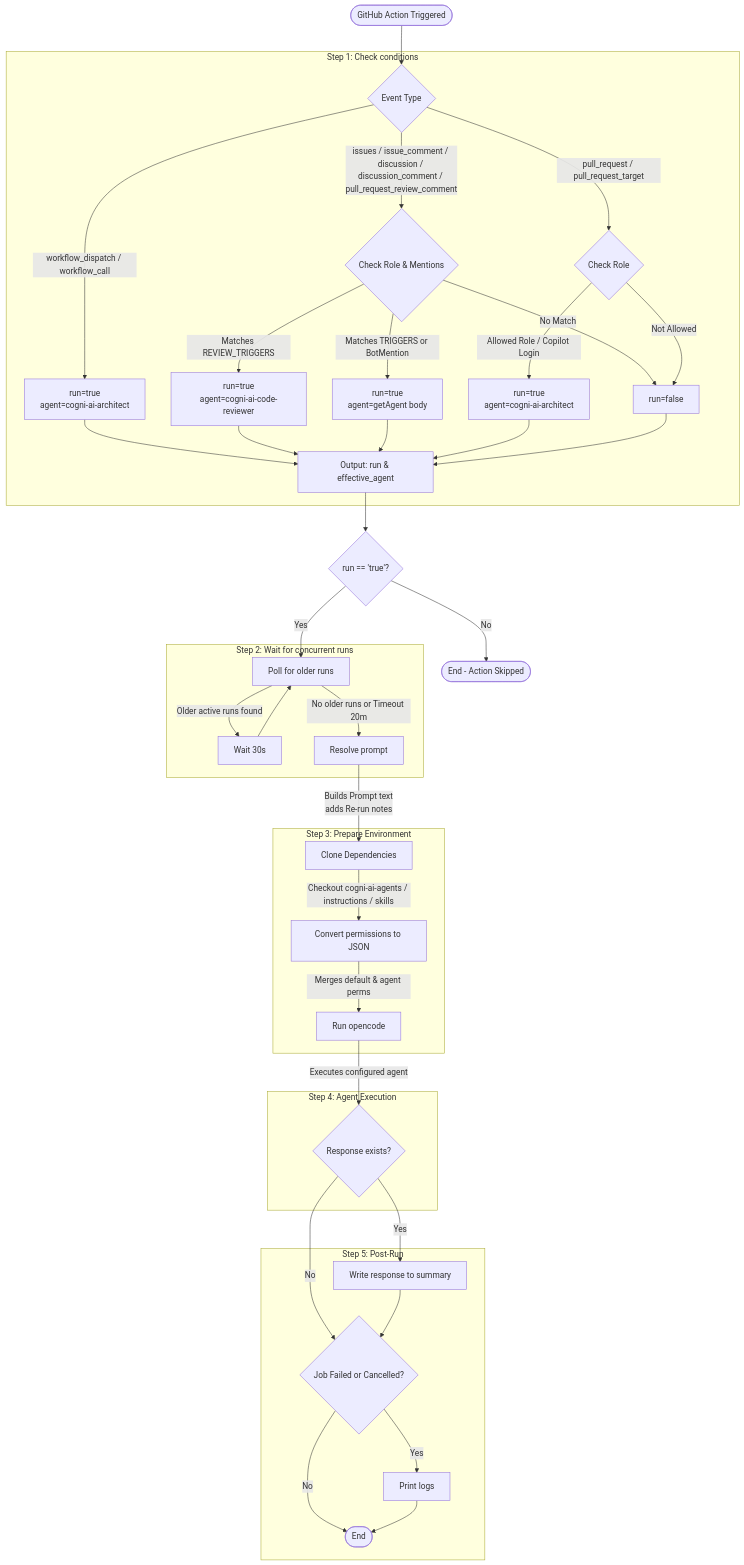
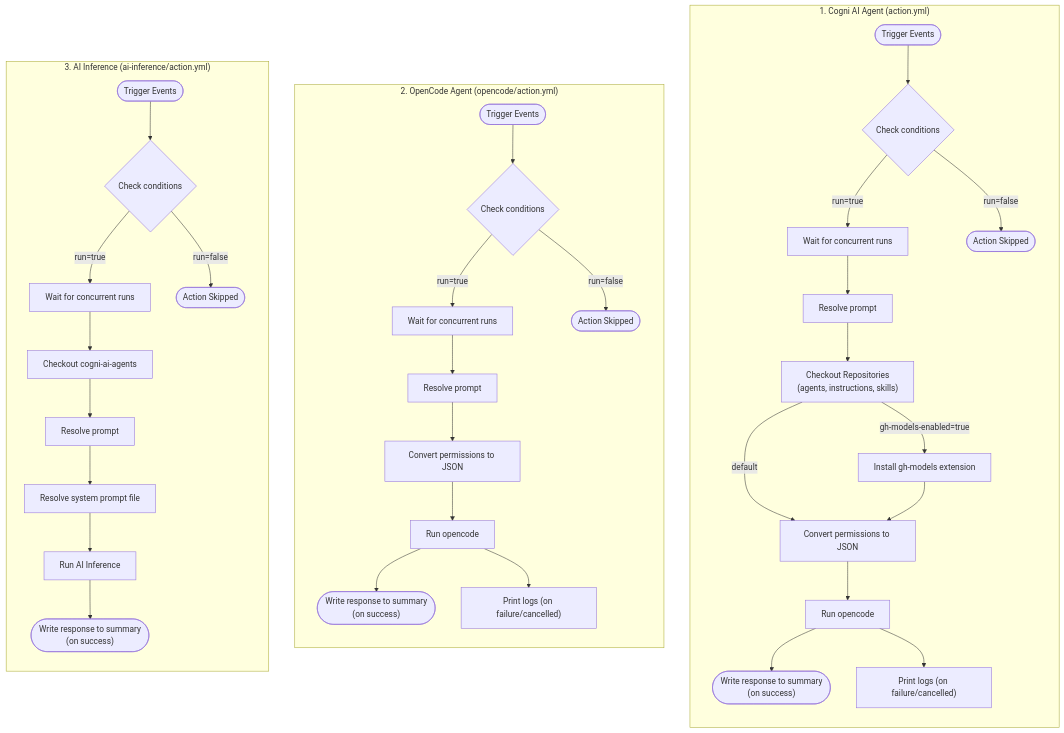
Before and after one commit to Cogni-AI-OU/cogni-ai-agent-action: the diagram in FLOWS.mmd, drawn with Mermaid.

Commit message:
Split FLOWS.mmd into 3 action flows. (#145)

```diff
--- a/FLOWS.mmd
+++ b/FLOWS.mmd
@@ -1,55 +1,55 @@
 flowchart TD
-    Start([GitHub Action Triggered]) --> CheckConditions
-
-    subgraph Step 1: Check conditions
-        CheckConditions{Event Type}
-        CheckConditions -->|workflow_dispatch / workflow_call| SetDefault[run=true<br/>agent=cogni-ai-architect]
-        CheckConditions -->|issues / issue_comment / discussion / discussion_comment / pull_request_review_comment| CommentCheck{Check Role & Mentions}
-        CheckConditions -->|pull_request / pull_request_target| PRCheck{Check Role}
-
-        CommentCheck -->|Matches REVIEW_TRIGGERS| SetReviewer[run=true<br/>agent=cogni-ai-code-reviewer]
-        CommentCheck -->|Matches TRIGGERS or BotMention| SetParsed[run=true<br/>agent=getAgent body]
-        CommentCheck -->|No Match| Skip[run=false]
-
-        PRCheck -->|Allowed Role / Copilot Login| SetDefaultPR[run=true<br/>agent=cogni-ai-architect]
-        PRCheck -->|Not Allowed| Skip
-
-        SetDefault --> FinalAgent[Output: run & effective_agent]
-        SetReviewer --> FinalAgent
-        SetParsed --> FinalAgent
-        SetDefaultPR --> FinalAgent
-        Skip --> FinalAgent
+    %% --------------------------------------------------------
+    %% 1. Cogni AI Agent (action.yml)
+    %% --------------------------------------------------------
+    subgraph Flow_Cogni_AI_Agent ["1. Cogni AI Agent (action.yml)"]
+        direction TB
+        A1([Trigger Events]) --> A2{Check conditions}
+        A2 -- "run=true" --> A3["Wait for concurrent runs"]
+        A2 -- "run=false" --> A_EndSkip([Action Skipped])
+        
+        A3 --> A4["Resolve prompt"]
+        A4 --> A5["Checkout Repositories<br/>(agents, instructions, skills)"]
+        
+        A5 -- "gh-models-enabled=true" --> A6["Install gh-models extension"]
+        A5 -- "default" --> A7["Convert permissions to JSON"]
+        A6 --> A7
+        
+        A7 --> A8["Run opencode"]
+        
+        A8 --> A9(["Write response to summary<br/>(on success)"])
+        A8 --> A10["Print logs (on failure/cancelled)"]
     end
 
-    FinalAgent --> ShouldRun{run == 'true'?}
-    ShouldRun -->|No| EndSkipped([End - Action Skipped])
-    ShouldRun -->|Yes| WaitConcurrency
-
-    subgraph Step 2: Wait for concurrent runs
-        WaitConcurrency[Poll for older runs]
-        WaitConcurrency --> |Older active runs found| Delay[Wait 30s]
-        Delay --> WaitConcurrency
-        WaitConcurrency --> |No older runs or Timeout 20m| ResolvePrompt[Resolve prompt]
+    %% --------------------------------------------------------
+    %% 2. OpenCode Agent (opencode/action.yml)
+    %% --------------------------------------------------------
+    subgraph Flow_OpenCode_Agent ["2. OpenCode Agent (opencode/action.yml)"]
+        direction TB
+        O1([Trigger Events]) --> O2{Check conditions}
+        O2 -- "run=true" --> O3["Wait for concurrent runs"]
+        O2 -- "run=false" --> O_EndSkip([Action Skipped])
+        
+        O3 --> O4["Resolve prompt"]
+        O4 --> O5["Convert permissions to JSON"]
+        O5 --> O6["Run opencode"]
+        
+        O6 --> O7(["Write response to summary<br/>(on success)"])
+        O6 --> O8["Print logs (on failure/cancelled)"]
     end
 
-    subgraph Step 3: Prepare Environment
-        ResolvePrompt --> |Builds Prompt text<br/>adds Re-run notes| Checkout[Clone Dependencies]
-        Checkout --> |Checkout cogni-ai-agents / instructions / skills| permissions[Convert permissions to JSON]
-        permissions --> |Merges default & agent perms| opencode[Run opencode]
+    %% --------------------------------------------------------
+    %% 3. AI Inference (ai-inference/action.yml)
+    %% --------------------------------------------------------
+    subgraph Flow_AI_Inference ["3. AI Inference (ai-inference/action.yml)"]
+        direction TB
+        I1([Trigger Events]) --> I2{Check conditions}
+        I2 -- "run=true" --> I3["Wait for concurrent runs"]
+        I2 -- "run=false" --> I_EndSkip([Action Skipped])
+        
+        I3 --> I4["Checkout cogni-ai-agents"]
+        I4 --> I5["Resolve prompt"]
+        I5 --> I6["Resolve system prompt file"]
+        I6 --> I7["Run AI Inference"]
+        I7 --> I8(["Write response to summary<br/>(on success)"])
     end
-
-    subgraph Step 4: Agent Execution
-        opencode -->|Executes configured agent| EvaluateResult
-    end
-
-    subgraph Step 5: Post-Run
-        EvaluateResult{Response exists?}
-        EvaluateResult -->|Yes| WriteSummary[Write response to summary]
-        EvaluateResult -->|No| CheckFailure
-        WriteSummary --> CheckFailure
-
-        CheckFailure{Job Failed or Cancelled?}
-        CheckFailure -->|Yes| PrintLogs[Print logs]
-        CheckFailure -->|No| End([End])
-        PrintLogs --> End
-    end
```
